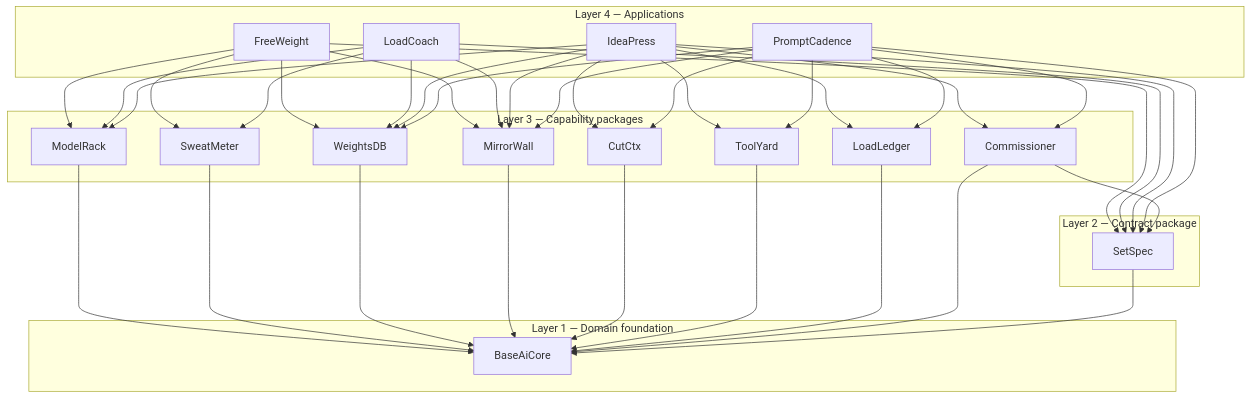
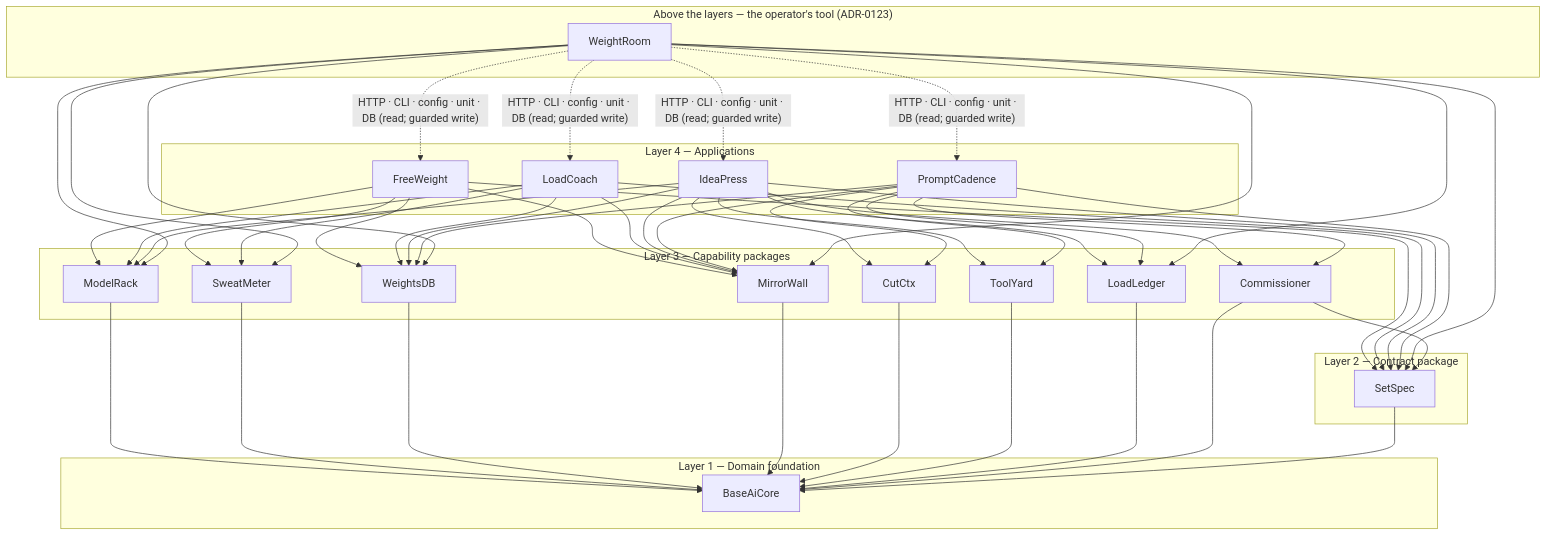
One commit to JPKell/OpenWeight-Gym changed the first of 11 diagrams in docs/architecture/master-architecture.md. Above: the diagram before and after it, drawn with Mermaid. The commit also changed other lines of this file and 10 other files, not shown here.

First line of the commit message:
docs: the fifth application in the architecture; LAN_ACCESS rewritten around WeightRoom; expose_on_lan.sh retired

````diff
--- a/docs/architecture/master-architecture.md
+++ b/docs/architecture/master-architecture.md
@@ -158,40 +174,45 @@
 ```mermaid
 graph TD
     subgraph L4["Layer 4 — Applications"]
         FW[FreeWeight]
         LC[LoadCoach]
         IP[IdeaPress]
         PC[PromptCadence]
+    end
+    subgraph L5["Above the layers — the operator's tool (ADR-0123)"]
+        WR[WeightRoom]
     end
     subgraph L3["Layer 3 — Capability packages"]
         MR[ModelRack]
         SM[SweatMeter]
         WD[WeightsDB]
         MW[MirrorWall]
         CC[CutCtx]
         TY[ToolYard]
         LL[LoadLedger]
         SC[Commissioner]
     end
     subgraph L2["Layer 2 — Contract package"]
         SS[SetSpec]
     end
     subgraph L1["Layer 1 — Domain foundation"]
         BC[BaseAiCore]
     end
 
     FW --> MR & SM & WD & MW & SS
     LC --> MR & SM & WD & MW & SS
     IP --> MR & WD & MW & SS & CC & LL & SC & TY
     PC --> WD & MW & SS & CC & TY & LL & SC
+    WR --> MR & SM & WD & MW & SS & LL
+    WR -. "HTTP · CLI · config · unit · DB (read; guarded write)" .-> FW & LC & IP & PC
     MR --> BC
     SM --> BC
     WD --> BC
     MW --> BC
     CC --> BC
     TY --> BC
     LL --> BC
     SC --> BC
     SC --> SS
     SS --> BC
 ```
````
